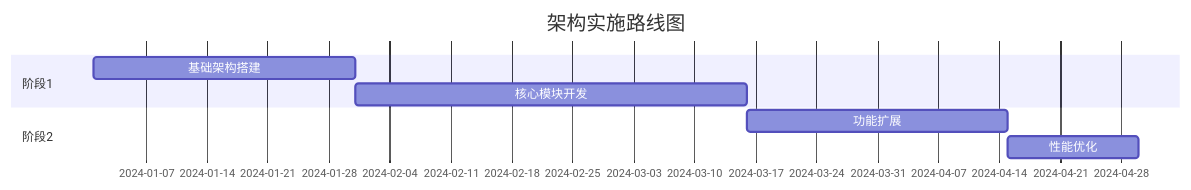
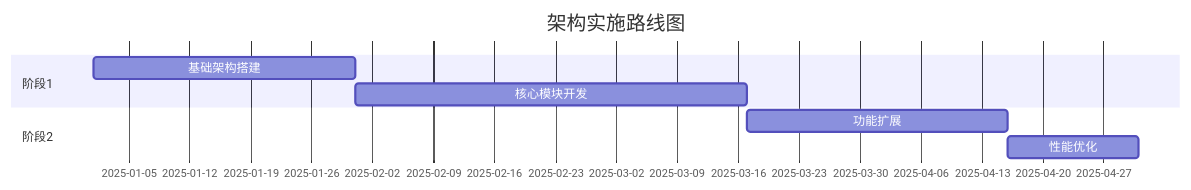
The third of 3 diagrams in 模板/任务卡/level-3-架构设计.md (pace-eng/pace), drawn with Mermaid before and after one commit. The commit also changed 19 other files, not shown here.

````diff
--- a/模板/任务卡/level-3-架构设计.md
+++ b/模板/任务卡/level-3-架构设计.md
@@ -209,11 +209,11 @@
 ```mermaid
 gantt
     title 架构实施路线图
     dateFormat  YYYY-MM-DD
     section 阶段1
-    基础架构搭建    :a1, 2024-01-01, 30d
+    基础架构搭建    :a1, 2025-01-01, 30d
     核心模块开发    :a2, after a1, 45d
     section 阶段2
     功能扩展       :b1, after a2, 30d
     性能优化       :b2, after b1, 15d
 ```
````
